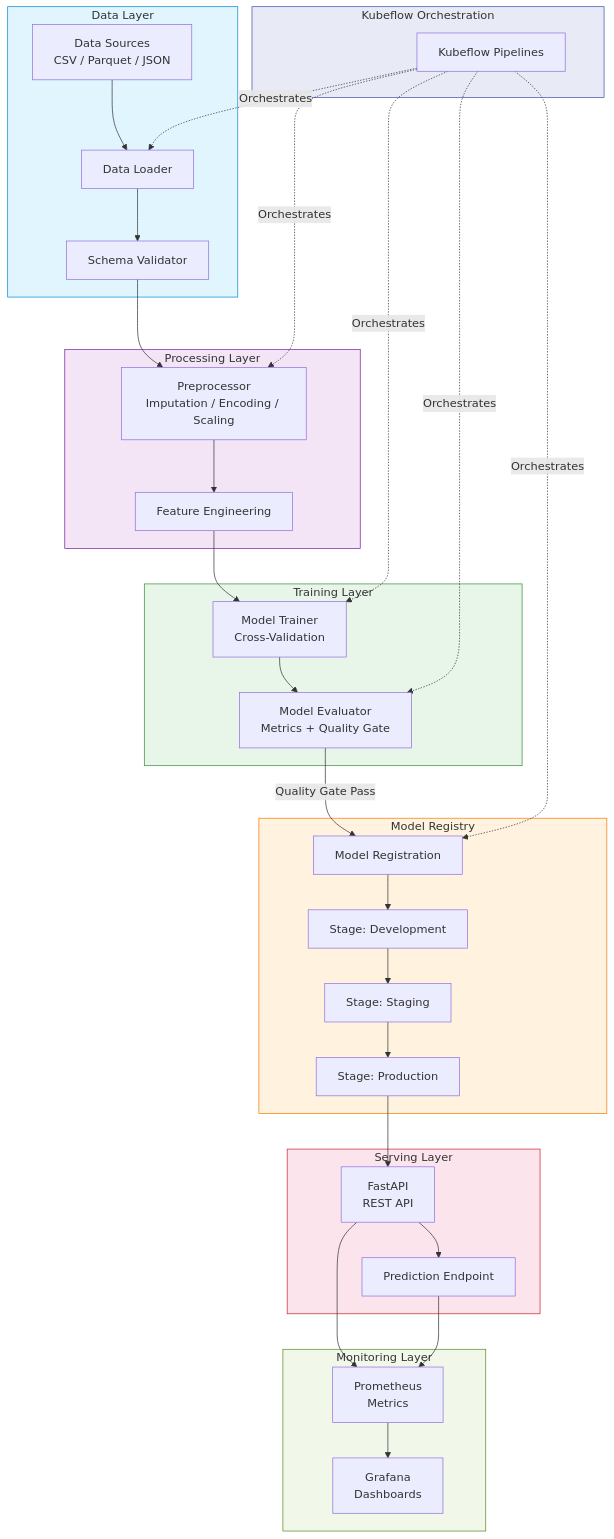
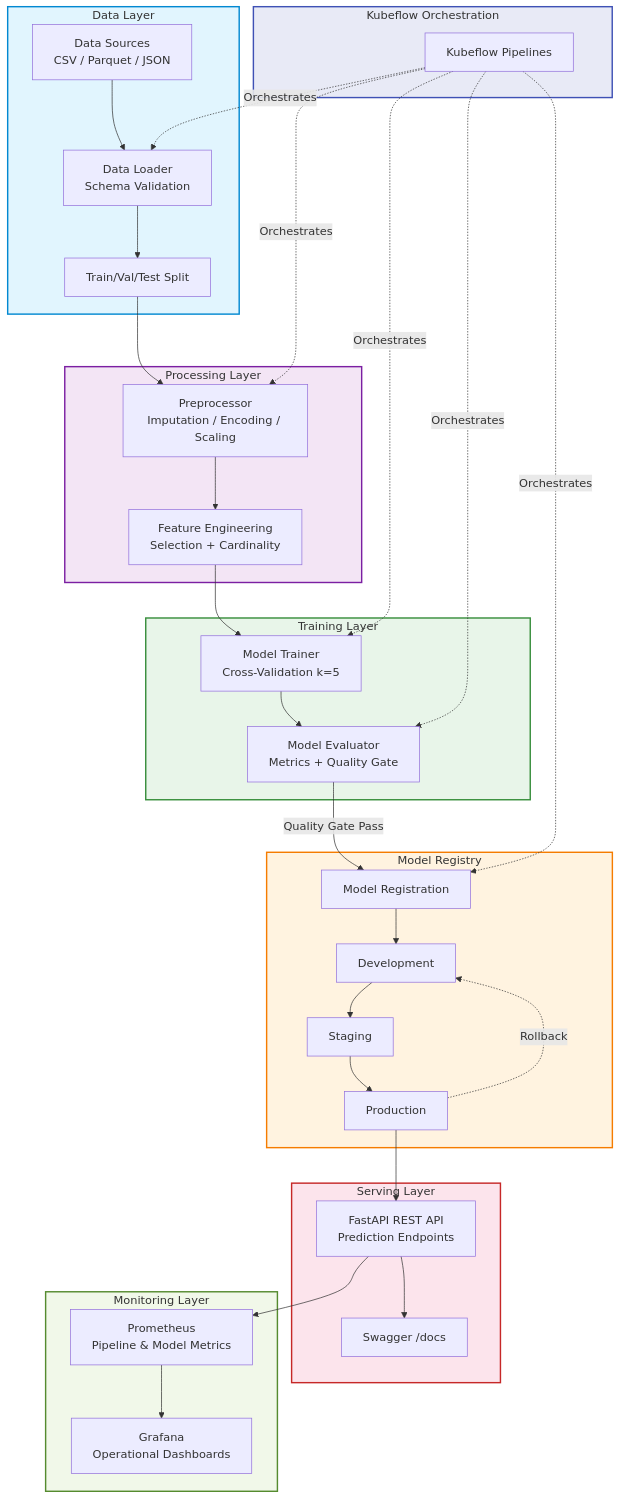
The third of 4 diagrams in README.md (galafis/ml-platform-kubeflow-orchestrator), drawn with Mermaid before and after one commit. The commit also changed other lines of this file and 2 other files, not shown here.

````diff
--- a/README.md
+++ b/README.md
@@ -253,51 +404,51 @@
 ```mermaid
-graph TB
+graph TD
     subgraph DataLayer["Data Layer"]
-        A[Data Sources<br/>CSV / Parquet / JSON] --> B[Data Loader]
-        B --> C[Schema Validator]
+        A[Data Sources<br/>CSV / Parquet / JSON] --> B[Data Loader<br/>Schema Validation]
+        B --> C[Train/Val/Test Split]
     end
 
     subgraph ProcessingLayer["Processing Layer"]
         C --> D[Preprocessor<br/>Imputation / Encoding / Scaling]
-        D --> E[Feature Engineering]
+        D --> E[Feature Engineering<br/>Selection + Cardinality]
     end
 
     subgraph TrainingLayer["Training Layer"]
-        E --> F[Model Trainer<br/>Cross-Validation]
+        E --> F[Model Trainer<br/>Cross-Validation k=5]
         F --> G[Model Evaluator<br/>Metrics + Quality Gate]
     end
 
     subgraph RegistryLayer["Model Registry"]
         G -->|Quality Gate Pass| H[Model Registration]
-        H --> I[Stage: Development]
-        I --> J[Stage: Staging]
-        J --> K[Stage: Production]
+        H --> I[Development]
+        I --> J[Staging]
+        J --> K[Production]
+        K -.->|Rollback| I
     end
 
     subgraph ServingLayer["Serving Layer"]
-        K --> L[FastAPI<br/>REST API]
-        L --> M[Prediction Endpoint]
+        K --> L[FastAPI REST API<br/>Prediction Endpoints]
+        L --> M[Swagger /docs]
     end
 
     subgraph MonitoringLayer["Monitoring Layer"]
-        L --> N[Prometheus<br/>Metrics]
-        N --> O[Grafana<br/>Dashboards]
-        M --> N
+        L --> N[Prometheus<br/>Pipeline & Model Metrics]
+        N --> O[Grafana<br/>Operational Dashboards]
     end
 
     subgraph Orchestration["Kubeflow Orchestration"]
         P[Kubeflow Pipelines] -.->|Orchestrates| B
         P -.->|Orchestrates| D
         P -.->|Orchestrates| F
         P -.->|Orchestrates| G
         P -.->|Orchestrates| H
     end
 
-    style DataLayer fill:#e1f5fe,stroke:#0288d1
-    style ProcessingLayer fill:#f3e5f5,stroke:#7b1fa2
-    style TrainingLayer fill:#e8f5e9,stroke:#388e3c
-    style RegistryLayer fill:#fff3e0,stroke:#f57c00
-    style ServingLayer fill:#fce4ec,stroke:#c62828
-    style MonitoringLayer fill:#f1f8e9,stroke:#558b2f
-    style Orchestration fill:#e8eaf6,stroke:#3f51b5
+    style DataLayer fill:#e1f5fe,stroke:#0288d1,stroke-width:2px
+    style ProcessingLayer fill:#f3e5f5,stroke:#7b1fa2,stroke-width:2px
+    style TrainingLayer fill:#e8f5e9,stroke:#388e3c,stroke-width:2px
+    style RegistryLayer fill:#fff3e0,stroke:#f57c00,stroke-width:2px
+    style ServingLayer fill:#fce4ec,stroke:#c62828,stroke-width:2px
+    style MonitoringLayer fill:#f1f8e9,stroke:#558b2f,stroke-width:2px
+    style Orchestration fill:#e8eaf6,stroke:#3f51b5,stroke-width:2px
 ```
````
